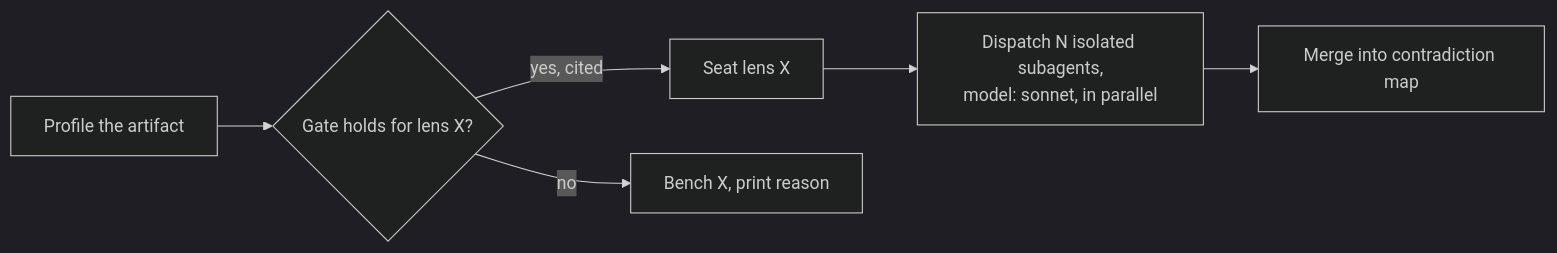
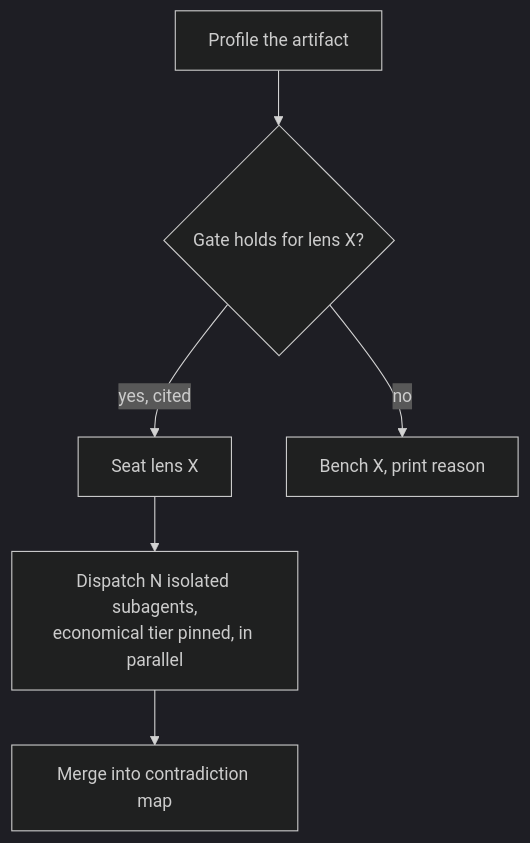
Before and after one commit to damusix/atomic-claude: the seventh of 7 diagrams in docs/wiki/workflow.md, drawn with Mermaid (dark theme). The commit also changed other lines of this file and 11 other files, not shown here.

````diff
--- a/docs/wiki/workflow.md
+++ b/docs/wiki/workflow.md
@@ -183,8 +183,8 @@
 ```mermaid
-flowchart LR
+flowchart TD
     P["Profile the artifact"] --> G{"Gate holds for lens X?"}
     G -->|yes, cited| S["Seat lens X"]
     G -->|no| B["Bench X, print reason"]
-    S --> D["Dispatch N isolated subagents,<br/>model: sonnet, in parallel"]
+    S --> D["Dispatch N isolated subagents,<br/>economical tier pinned, in parallel"]
     D --> M["Merge into contradiction map"]
 ```
````
